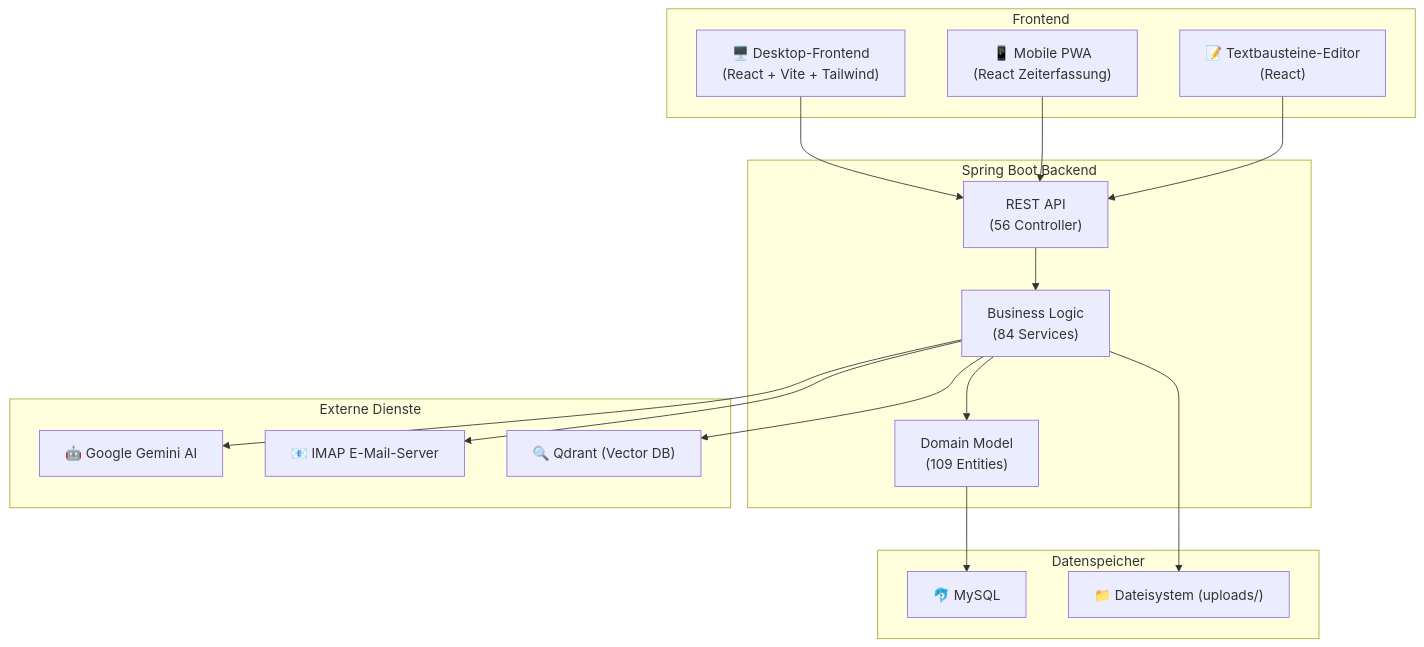
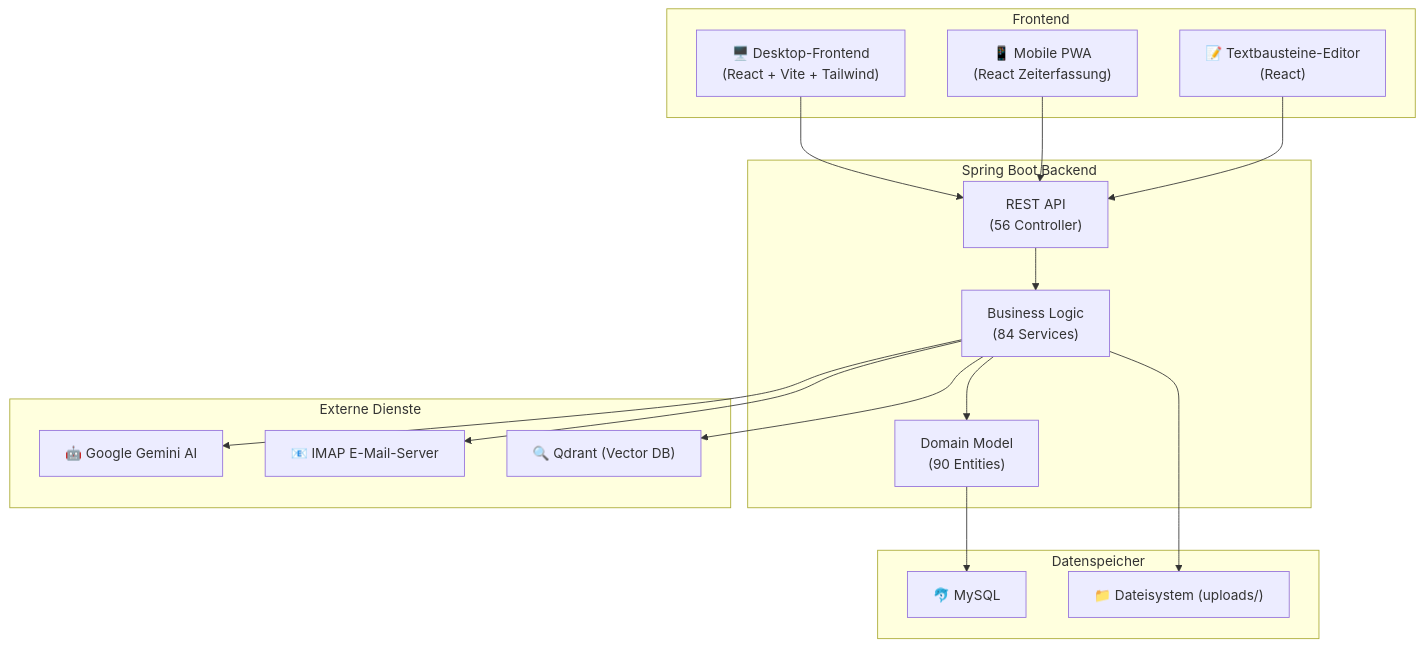
One commit to Winfo2024Kuhn/ERP-System-fuer-Handwerksbetriebe changed the diagram in README.md. Above: the diagram before and after it, drawn with Mermaid. The commit also changed other lines of this file, not shown here.

````diff
--- a/README.md
+++ b/README.md
@@ -83,36 +83,36 @@
 ```mermaid
 graph TB
     subgraph Frontend
         PC["🖥️ Desktop-Frontend<br/>(React + Vite + Tailwind)"]
         Mobile["📱 Mobile PWA<br/>(React Zeiterfassung)"]
         TB["📝 Textbausteine-Editor<br/>(React)"]
     end
 
     subgraph Backend["Spring Boot Backend"]
         API["REST API<br/>(56 Controller)"]
         Services["Business Logic<br/>(84 Services)"]
-        Domain["Domain Model<br/>(109 Entities)"]
+        Domain["Domain Model<br/>(90 Entities)"]
     end
 
     subgraph Extern["Externe Dienste"]
         AI["🤖 Google Gemini AI"]
         IMAP["📧 IMAP E-Mail-Server"]
         Qdrant["🔍 Qdrant (Vector DB)"]
     end
 
     subgraph Daten["Datenspeicher"]
         MySQL["🐬 MySQL"]
         FS["📁 Dateisystem (uploads/)"]
     end
 
     PC --> API
     Mobile --> API
     TB --> API
     API --> Services
     Services --> Domain
     Domain --> MySQL
     Services --> FS
     Services --> AI
     Services --> IMAP
     Services --> Qdrant
 ```
````
